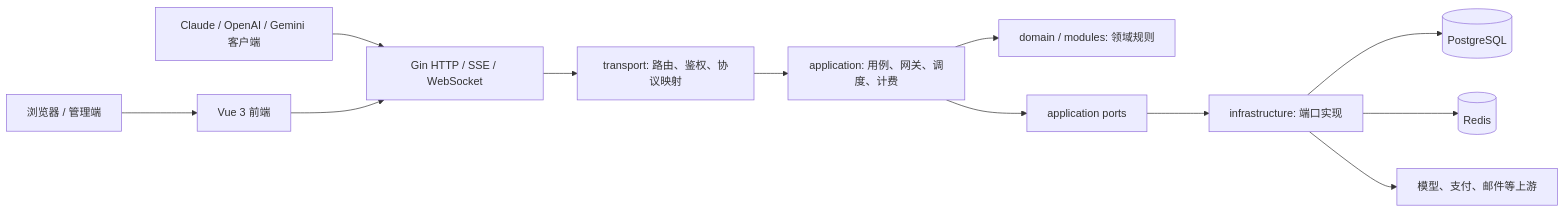
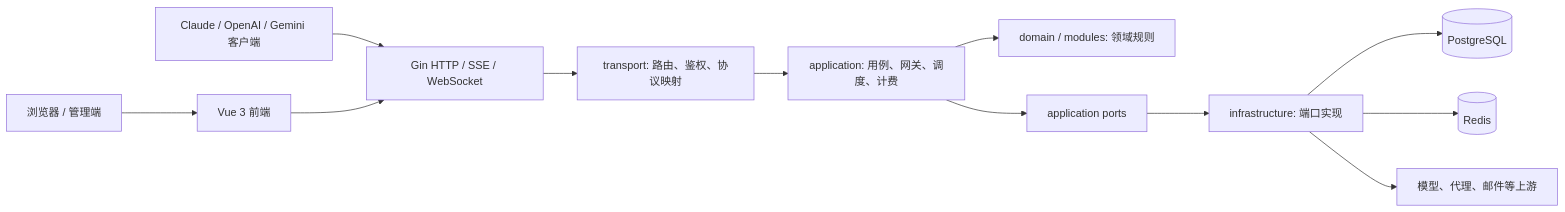
The diagram in docs/ARCHITECTURE.md (DR-lin-eng/sub2api-jinjian2api), drawn with Mermaid before and after one commit. The commit also changed other lines of this file and 147 other files, not shown here.

Commit message:
Refactor application architecture and remove obsolete code

````diff
--- a/docs/ARCHITECTURE.md
+++ b/docs/ARCHITECTURE.md
@@ -9,14 +9,14 @@
 ```mermaid
 flowchart LR
     Browser["浏览器 / 管理端"] --> Frontend["Vue 3 前端"]
     SDK["Claude / OpenAI / Gemini 客户端"] --> HTTP["Gin HTTP / SSE / WebSocket"]
     Frontend --> HTTP
     HTTP --> Transport["transport: 路由、鉴权、协议映射"]
     Transport --> Application["application: 用例、网关、调度、计费"]
     Application --> Domain["domain / modules: 领域规则"]
     Application --> Ports["application ports"]
     Ports --> Infrastructure["infrastructure: 端口实现"]
     Infrastructure --> PostgreSQL[(PostgreSQL)]
     Infrastructure --> Redis[(Redis)]
-    Infrastructure --> Upstream["模型、支付、邮件等上游"]
+    Infrastructure --> Upstream["模型、代理、邮件等上游"]
 ```
````
